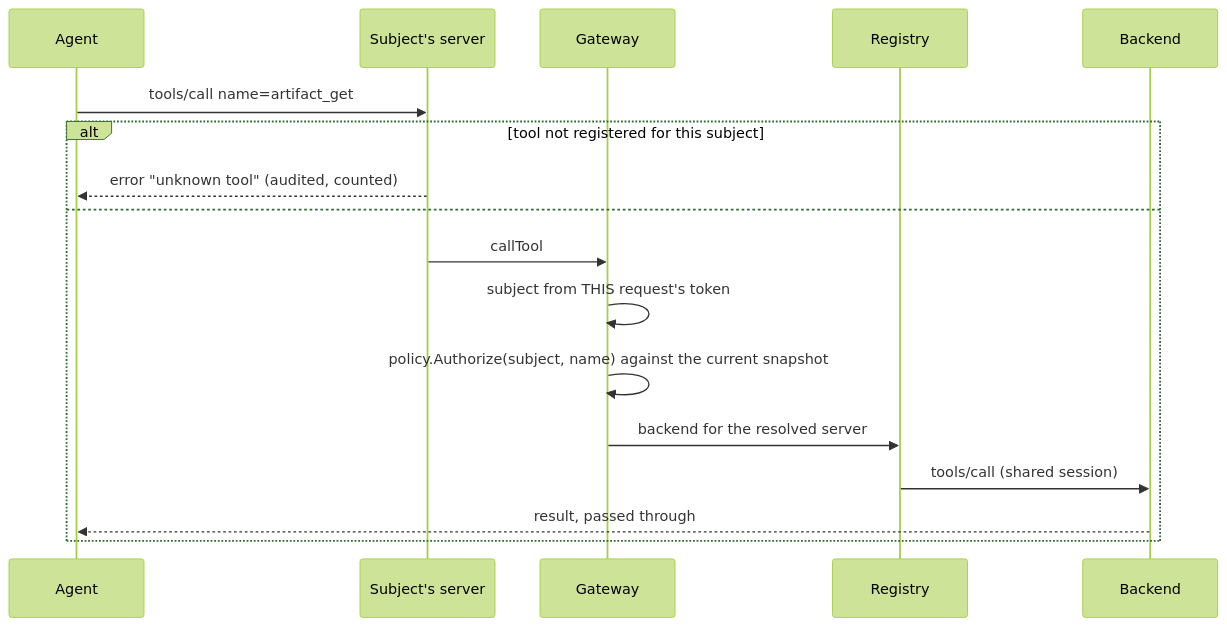
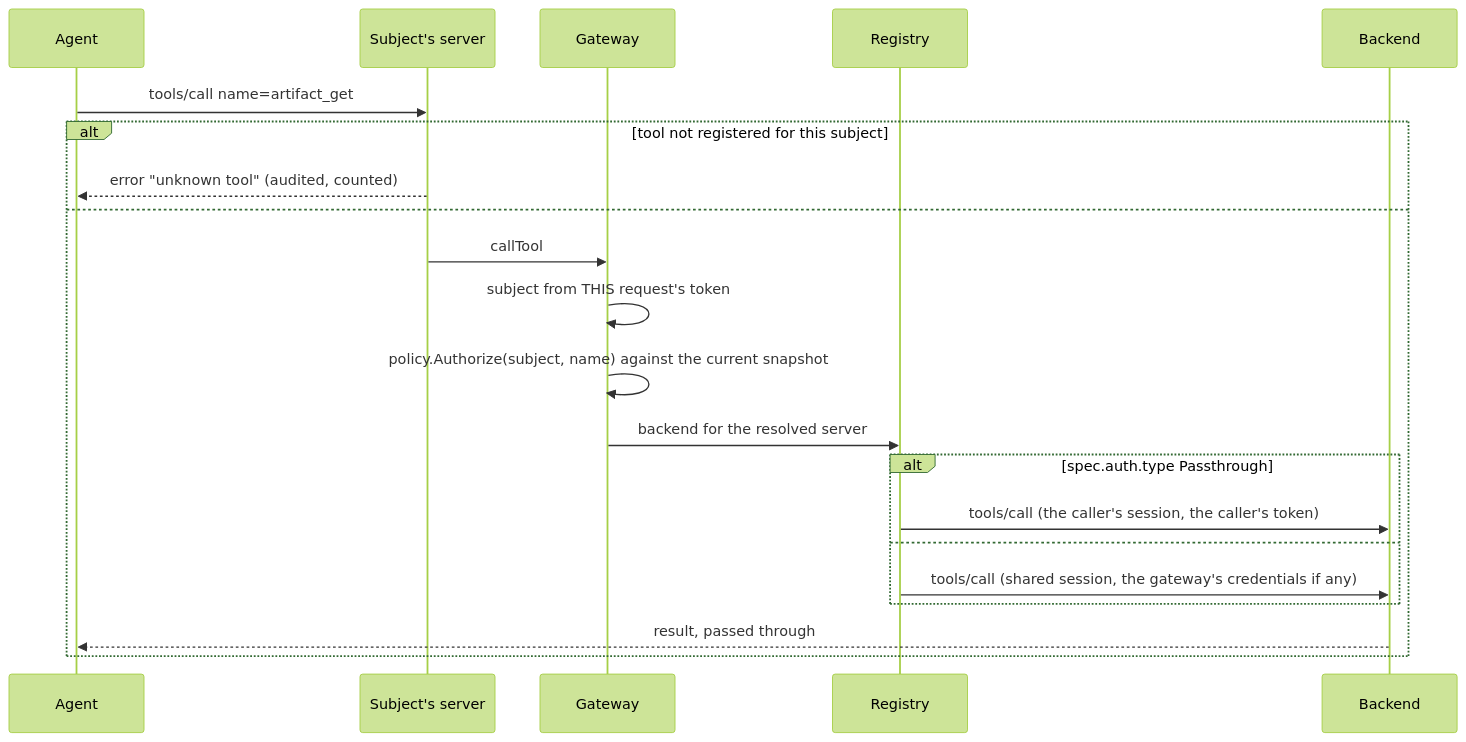
Before and after one commit to metapatrol/mcp-gateway: the third of 4 diagrams in docs/architecture.md, drawn with Mermaid (forest theme). The commit also changed other lines of this file and 39 other files, not shown here.

First line of the commit message:
feat(auth): authenticate to backends that want credentials

````diff
--- a/docs/architecture.md
+++ b/docs/architecture.md
@@ -169,20 +173,24 @@
 ```mermaid
 sequenceDiagram
     participant Agent
     participant S as Subject's server
     participant G as Gateway
     participant R as Registry
     participant B as Backend
 
     Agent->>S: tools/call name=artifact_get
     alt tool not registered for this subject
         S-->>Agent: error "unknown tool" (audited, counted)
     else
         S->>G: callTool
         G->>G: subject from THIS request's token
         G->>G: policy.Authorize(subject, name) against the current snapshot
         G->>R: backend for the resolved server
-        R->>B: tools/call (shared session)
+        alt spec.auth.type Passthrough
+            R->>B: tools/call (the caller's session, the caller's token)
+        else
+            R->>B: tools/call (shared session, the gateway's credentials if any)
+        end
         B-->>Agent: result, passed through
     end
 ```
````
